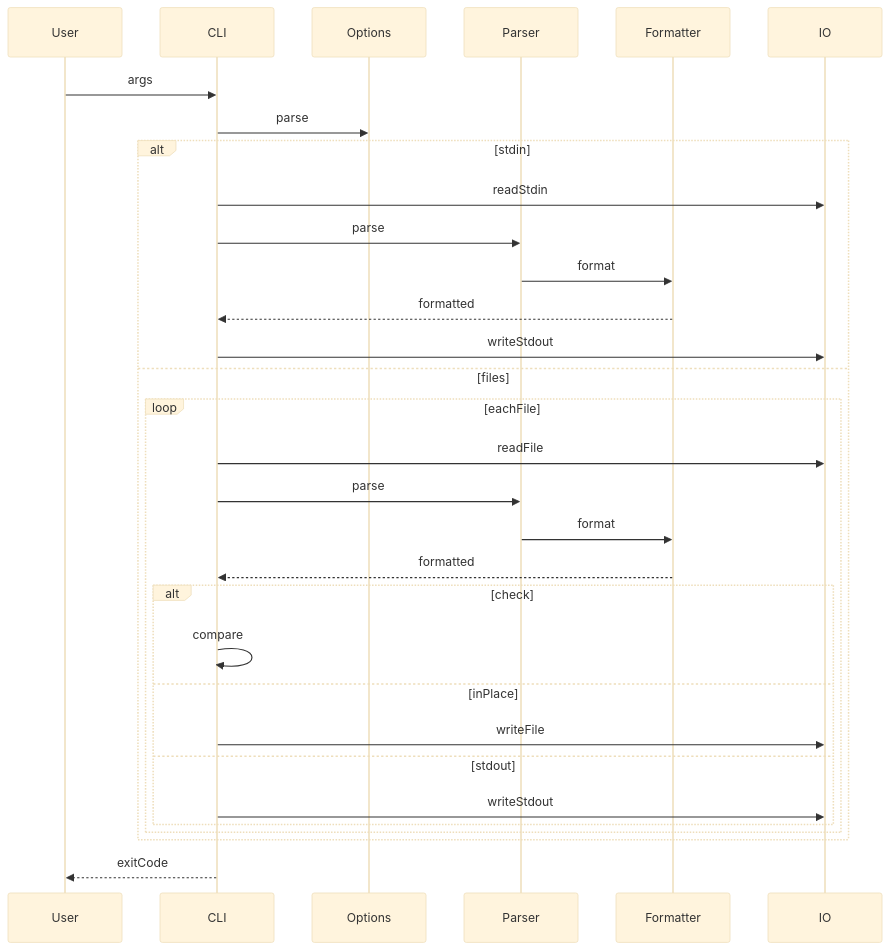
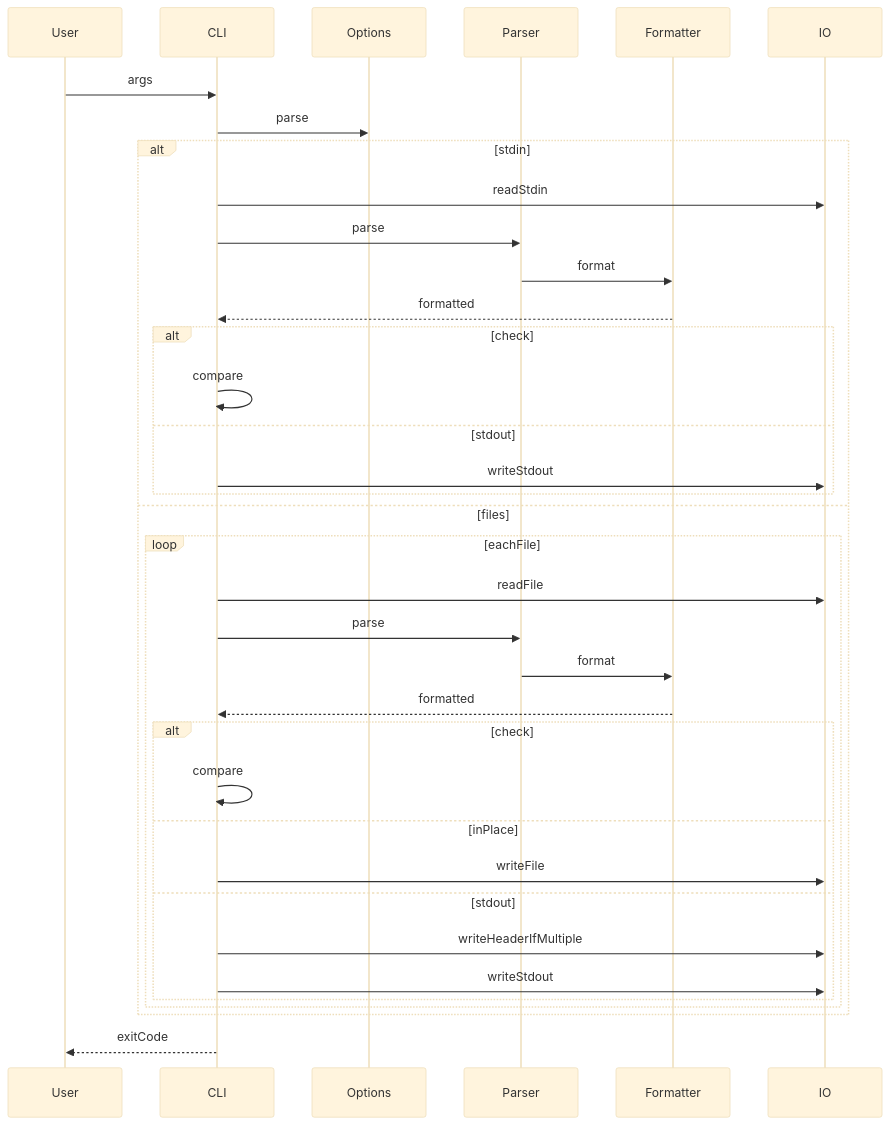
Before and after one commit to toku-sa-n/leanfmt: the second of 2 diagrams in .kiro/specs/leanfmt-implementation/design.md, drawn with Mermaid (base theme). The commit also changed other lines of this file, not shown here.

````diff
--- a/.kiro/specs/leanfmt-implementation/design.md
+++ b/.kiro/specs/leanfmt-implementation/design.md
@@ -89,33 +92,38 @@
 ```mermaid
 sequenceDiagram
   participant User
   participant CLI
   participant Options
   participant Parser
   participant Formatter
   participant IO
   User->>CLI: args
   CLI->>Options: parse
   alt stdin
     CLI->>IO: readStdin
     CLI->>Parser: parse
     Parser->>Formatter: format
     Formatter-->>CLI: formatted
-    CLI->>IO: writeStdout
+    alt check
+      CLI->>CLI: compare
+    else stdout
+      CLI->>IO: writeStdout
+    end
   else files
     loop eachFile
       CLI->>IO: readFile
       CLI->>Parser: parse
       Parser->>Formatter: format
       Formatter-->>CLI: formatted
       alt check
         CLI->>CLI: compare
       else inPlace
         CLI->>IO: writeFile
       else stdout
+        CLI->>IO: writeHeaderIfMultiple
         CLI->>IO: writeStdout
       end
     end
   end
   CLI-->>User: exitCode
 ```
````
